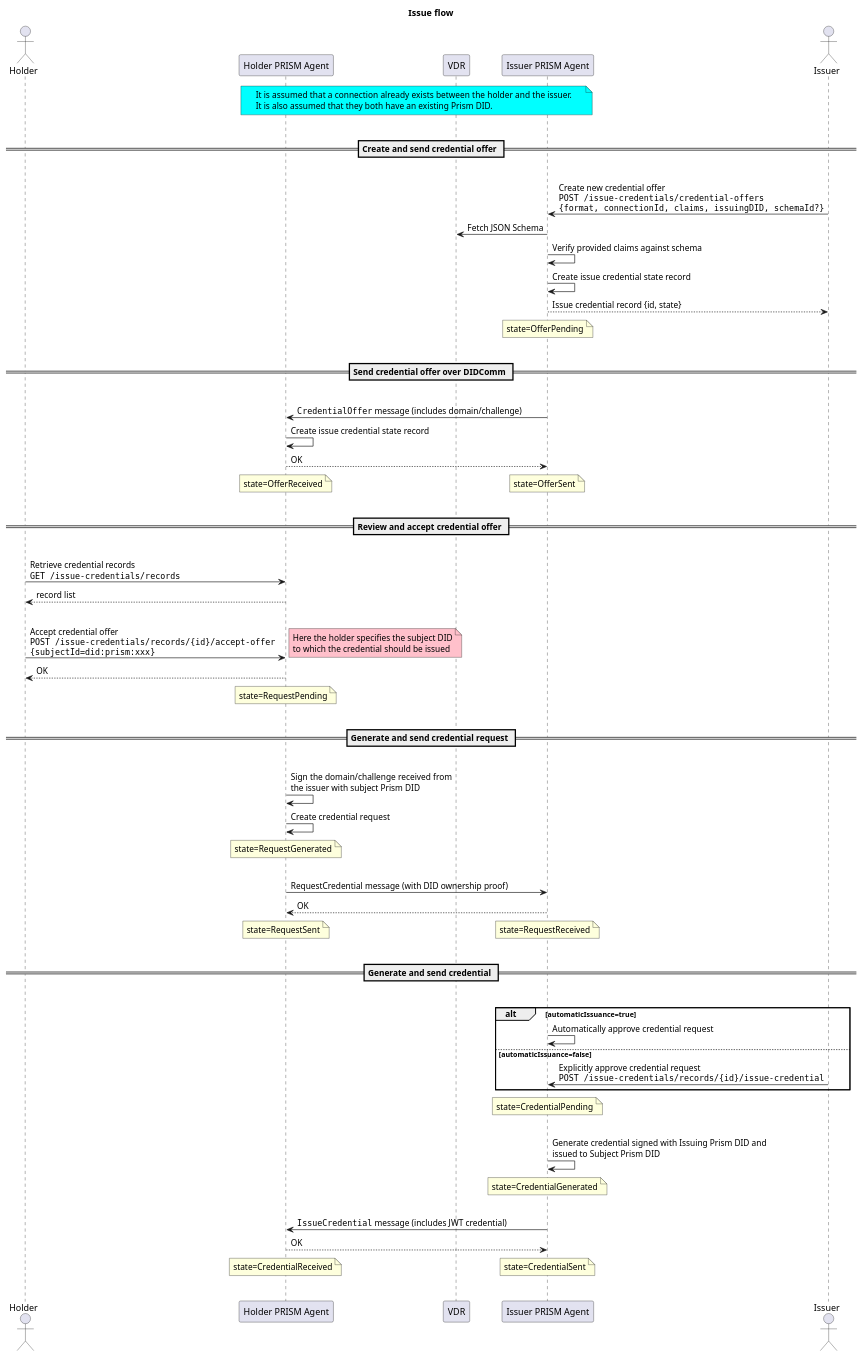
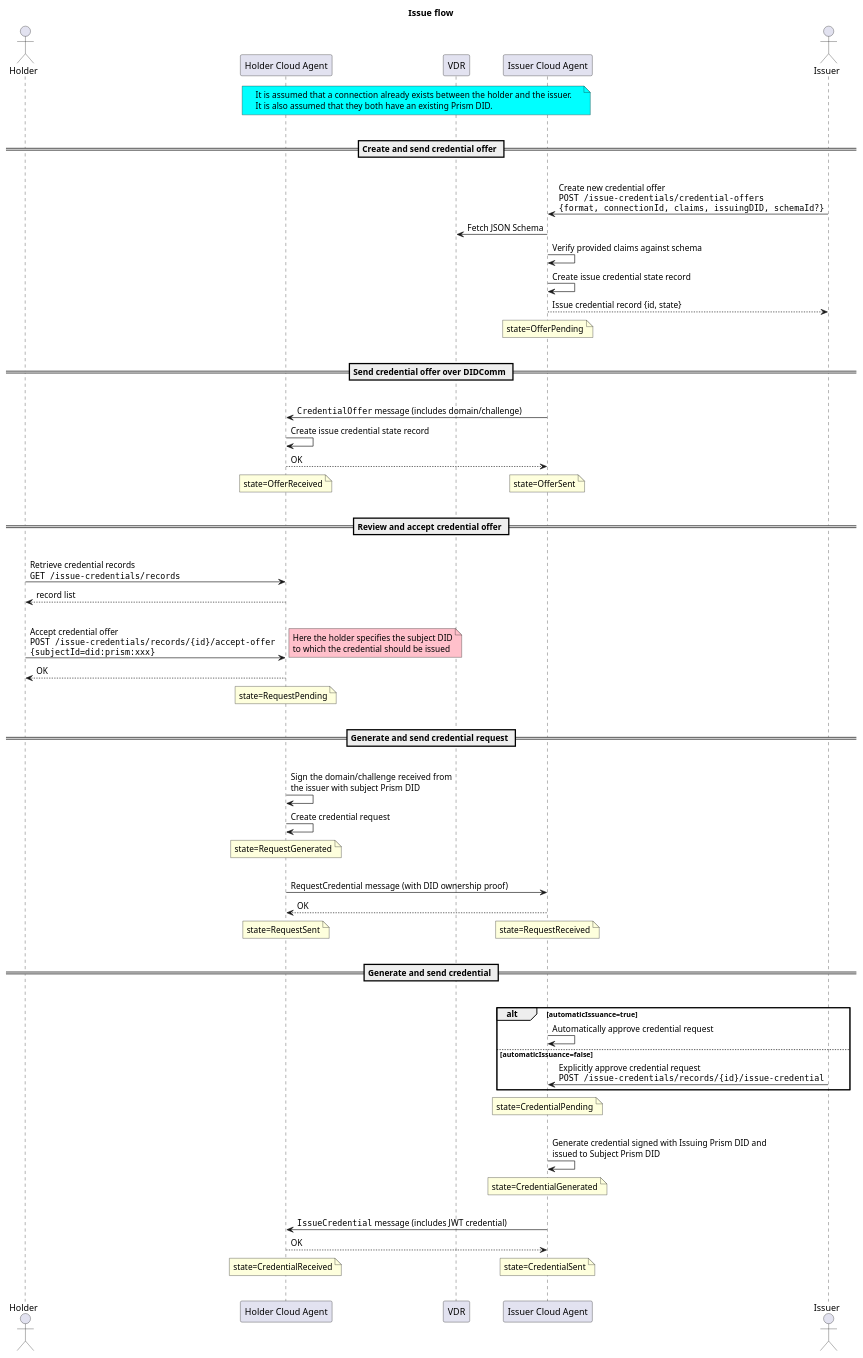
One commit to hyperledger/identus-cloud-agent changed the diagram in docs/docusaurus/credentials/issue-flow.puml. Above: the diagram before and after it, drawn with PlantUML. The commit also changed 31 other files, not shown here.

Commit message:
docs: update the references to the Cloud Agent in the documentation

```diff
--- a/docs/docusaurus/credentials/issue-flow.puml
+++ b/docs/docusaurus/credentials/issue-flow.puml
@@ -1,74 +1,74 @@
 @startuml
 title Issue flow
 
 actor Holder as holder
-participant "Holder PRISM Agent" as holderAgent
+participant "Holder Cloud Agent" as holderAgent
 participant VDR
-participant "Issuer PRISM Agent" as issuerAgent
+participant "Issuer Cloud Agent" as issuerAgent
 actor Issuer as issuer
 
 note over holderAgent, issuerAgent #aqua
     It is assumed that a connection already exists between the holder and the issuer.
     It is also assumed that they both have an existing Prism DID.
 end note
 |||
 == Create and send credential offer ==
 |||
 issuer -> issuerAgent: Create new credential offer\n""POST /issue-credentials/credential-offers""\n""{format, connectionId, claims, issuingDID, schemaId?}""
 issuerAgent -> VDR: Fetch JSON Schema
 issuerAgent -> issuerAgent: Verify provided claims against schema
 issuerAgent -> issuerAgent: Create issue credential state record
 issuerAgent --> issuer: Issue credential record {id, state}
 note over issuerAgent: state=OfferPending
 |||
 
 == Send credential offer over DIDComm ==
 |||
 issuerAgent -> holderAgent: ""CredentialOffer"" message (includes domain/challenge)
 holderAgent -> holderAgent: Create issue credential state record
 holderAgent --> issuerAgent: OK
 note over holderAgent: state=OfferReceived
 / note over issuerAgent: state=OfferSent
 |||
 
 == Review and accept credential offer ==
 |||
 holder -> holderAgent: Retrieve credential records\n""GET /issue-credentials/records""
 holderAgent --> holder: record list
 |||
 holder -> holderAgent: Accept credential offer\n""POST /issue-credentials/records/{id}/accept-offer""\n""{subjectId=did:prism:xxx}""
 note right #pink: Here the holder specifies the subject DID\nto which the credential should be issued
 holderAgent --> holder: OK
 note over holderAgent: state=RequestPending
 |||
 
 == Generate and send credential request ==
 |||
 holderAgent -> holderAgent: Sign the domain/challenge received from\nthe issuer with subject Prism DID
 holderAgent -> holderAgent: Create credential request
 note over holderAgent: state=RequestGenerated
 |||
 holderAgent -> issuerAgent: RequestCredential message (with DID ownership proof)
 issuerAgent --> holderAgent: OK
 note over holderAgent: state=RequestSent
 / note over issuerAgent: state=RequestReceived
 |||
 
 == Generate and send credential ==
 |||
 alt automaticIssuance=true
 issuerAgent -> issuerAgent: Automatically approve credential request
 else automaticIssuance=false
 issuer -> issuerAgent: Explicitly approve credential request\n""POST /issue-credentials/records/{id}/issue-credential""
 end
 note over issuerAgent: state=CredentialPending
 |||
 issuerAgent -> issuerAgent: Generate credential signed with Issuing Prism DID and\nissued to Subject Prism DID
 note over issuerAgent: state=CredentialGenerated
 |||
 issuerAgent -> holderAgent: ""IssueCredential"" message (includes JWT credential)
 holderAgent --> issuerAgent: OK
 note over issuerAgent: state=CredentialSent
 / note over holderAgent: state=CredentialReceived
 |||
 @enduml
```
